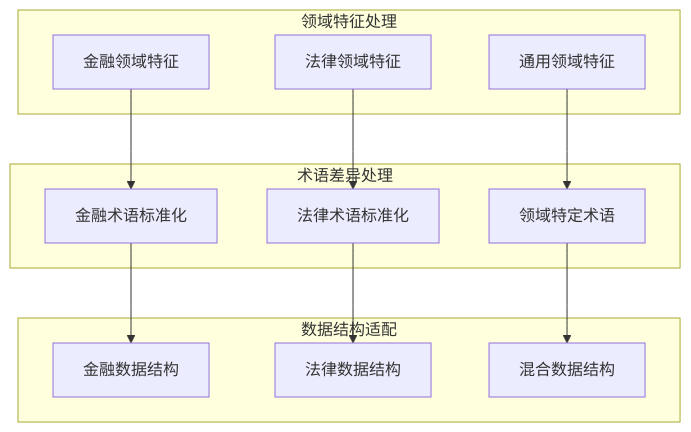
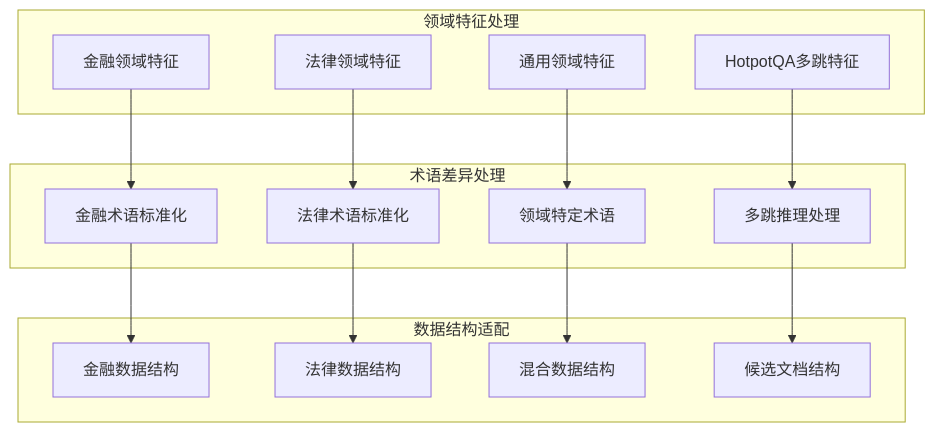
One commit to kitee0918/-nlp-rag-project changed the sixth of 7 diagrams in .qoder/repowiki/zh/content/技术实现指南/数据处理管道.md. Above: the diagram before and after it, drawn with Mermaid. The commit also changed other lines of this file and 4 other files, not shown here.

````diff
--- a/.qoder/repowiki/zh/content/技术实现指南/数据处理管道.md
+++ b/.qoder/repowiki/zh/content/技术实现指南/数据处理管道.md
@@ -256,24 +270,29 @@
 ```mermaid
 graph TB
 subgraph "领域特征处理"
 Finance["金融领域特征"]
 Legal["法律领域特征"]
 General["通用领域特征"]
+HotpotQA["HotpotQA多跳特征"]
 end
 subgraph "术语差异处理"
 FinanceTerms["金融术语标准化"]
 LegalTerms["法律术语标准化"]
 DomainSpecific["领域特定术语"]
+MultiHop["多跳推理处理"]
 end
 subgraph "数据结构适配"
 FinanceStruct["金融数据结构"]
 LegalStruct["法律数据结构"]
 MixedStruct["混合数据结构"]
+CandidateDocs["候选文档结构"]
 end
 Finance --> FinanceTerms
 Legal --> LegalTerms
 General --> DomainSpecific
+HotpotQA --> MultiHop
 FinanceTerms --> FinanceStruct
 LegalTerms --> LegalStruct
 DomainSpecific --> MixedStruct
+MultiHop --> CandidateDocs
 ```
````
